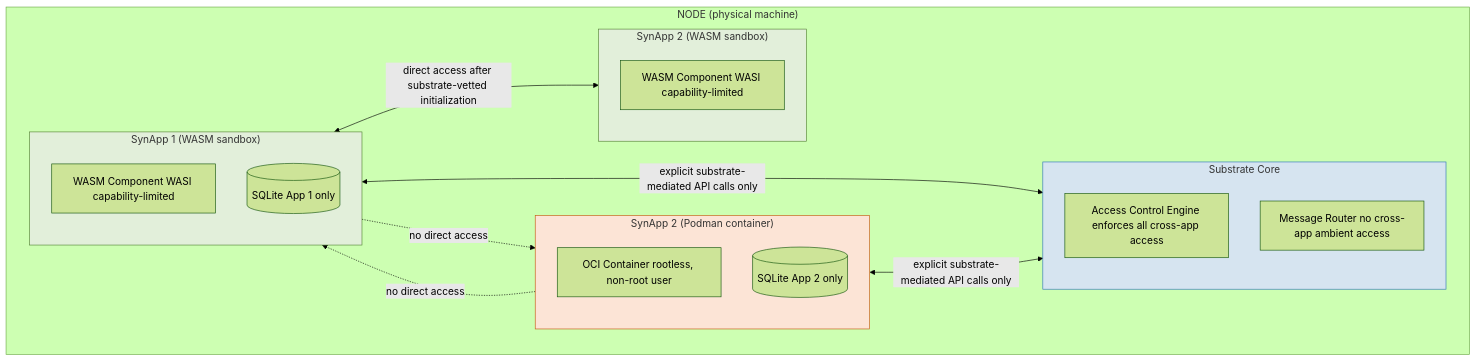
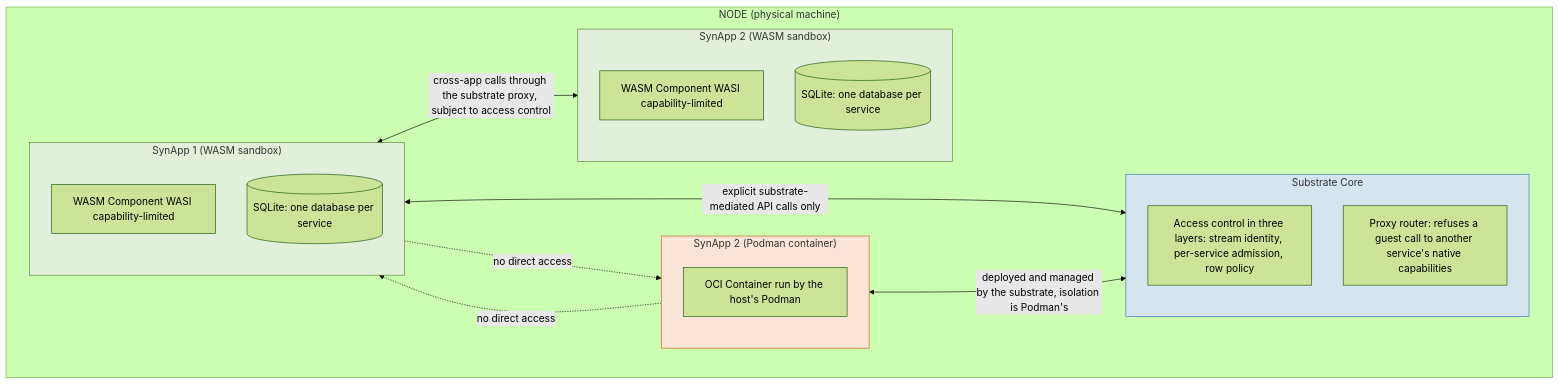
One commit to syneroym/syneroym changed diagram 22 of 22 in docs/system-architecture.md. Above: the diagram before and after it, drawn with Mermaid (forest theme). The commit also changed other lines of this file and 1 other file, not shown here.

First line of the commit message:
docs(architecture): fix Security Architecture

````diff
--- a/docs/system-architecture.md
+++ b/docs/system-architecture.md
@@ -1152,35 +1195,34 @@
 ```mermaid
 flowchart TD
     subgraph NODE2["NODE (physical machine)"]
         subgraph APP1["SynApp 1 (WASM sandbox)"]
             W1[WASM Component WASI capability-limited]
-            DB1[(SQLite App 1 only)]
+            DB1[(SQLite: one database per service)]
         end
 
         subgraph APP2["SynApp 2 (Podman container)"]
-            P1[OCI Container rootless, non-root user]
-            DB2[(SQLite App 2 only)]
+            P1[OCI Container run by the host's Podman]
         end
 
         subgraph APP3["SynApp 2 (WASM sandbox)"]
             W2[WASM Component WASI capability-limited]
-            DB2[(SQLite App 2 only)]
+            DB2[(SQLite: one database per service)]
         end
 
         subgraph SUBSTRATE_CORE["Substrate Core"]
-            AC3[Access Control Engine enforces all cross-app access]
-            MSG4[Message Router no cross-app ambient access]
+            AC3[Access control in three layers: stream identity, per-service admission, row policy]
+            MSG4[Proxy router: refuses a guest call to another service's native capabilities]
         end
     end
 
-    APP1 <-->|"direct access after substrate-vetted initialization"| APP3
+    APP1 <-->|"cross-app calls through the substrate proxy, subject to access control"| APP3
     APP1 <-->|"explicit substrate-mediated API calls only"| SUBSTRATE_CORE
-    APP2 <-->|"explicit substrate-mediated API calls only"| SUBSTRATE_CORE
+    APP2 <-->|"deployed and managed by the substrate, isolation is Podman's"| SUBSTRATE_CORE
     APP1 -. "no direct access" .-> APP2
     APP2 -. "no direct access" .-> APP1
 
     style APP1 fill:#E2EFDA,stroke:#548235
     style APP2 fill:#FCE4D6,stroke:#C55A11
     style APP3 fill:#E2EFDA,stroke:#548235
     style SUBSTRATE_CORE fill:#D6E4F0,stroke:#2E75B6
 ```
````
